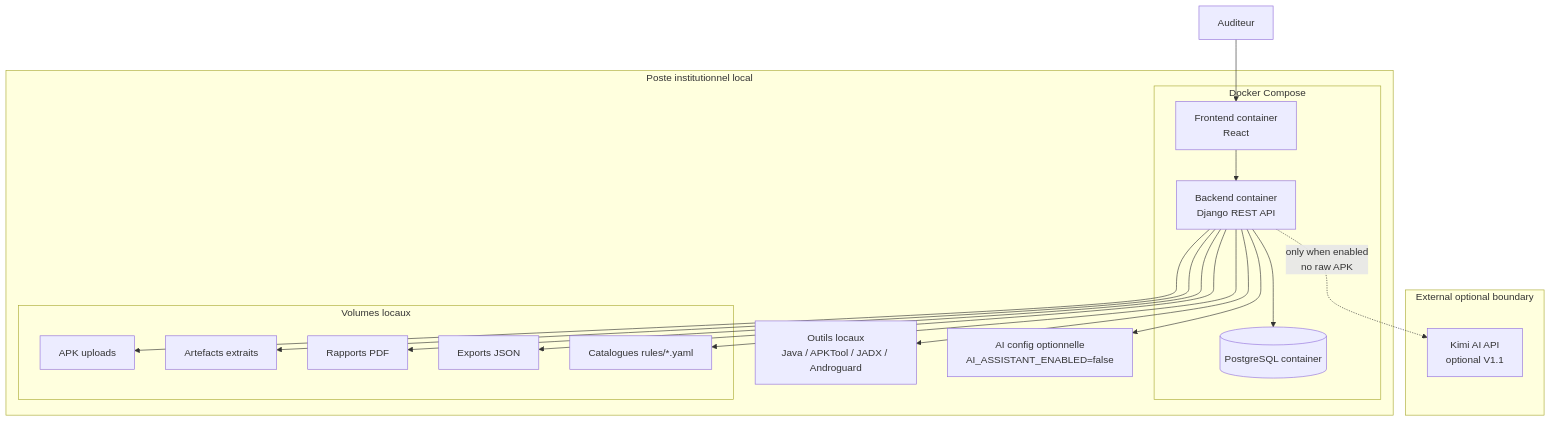
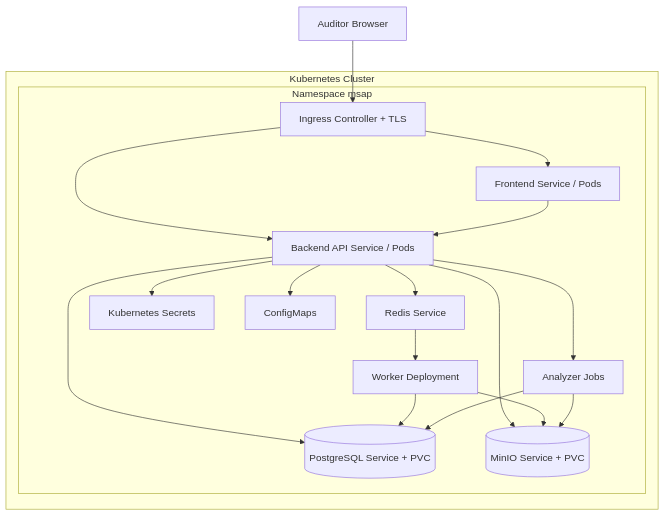
The diagram in docs/03_Architecture/11_Deployment_Diagram.md (nine11-tech/MSAP), drawn with Mermaid before and after one commit. The commit also changed other lines of this file and 44 other files, not shown here.

Commit message:
Pivot MSAP to cloud-native Kubernetes architecture

````diff
--- a/docs/03_Architecture/11_Deployment_Diagram.md
+++ b/docs/03_Architecture/11_Deployment_Diagram.md
@@ -16,37 +5,22 @@
 ```mermaid
 flowchart TB
-    subgraph WS[Poste institutionnel local]
-        subgraph DC[Docker Compose]
-            FE[Frontend container\nReact]
-            BE[Backend container\nDjango REST API]
-            PG[(PostgreSQL container)]
-        end
-
-        subgraph VOL[Volumes locaux]
-            UP[APK uploads]
-            ART[Artefacts extraits]
-            REP[Rapports PDF]
-            EXP[Exports JSON]
-            RULES[Catalogues rules/*.yaml]
-        end
-
-        TOOLS[Outils locaux\nJava / APKTool / JADX / Androguard]
-        AICFG[AI config optionnelle\nAI_ASSISTANT_ENABLED=false]
+    U[Auditor Browser] --> TLS[Ingress Controller + TLS]
+    subgraph CLUSTER[Kubernetes Cluster]
+      subgraph NS[Namespace msap]
+        TLS --> FE[Frontend Service / Pods]
+        TLS --> API[Backend API Service / Pods]
+        FE --> API
+        API --> REDIS[Redis Service]
+        REDIS --> WORKER[Worker Deployment]
+        API --> JOB[Analyzer Jobs]
+        API --> PG[(PostgreSQL Service + PVC)]
+        API --> MINIO[(MinIO Service + PVC)]
+        WORKER --> PG
+        WORKER --> MINIO
+        JOB --> PG
+        JOB --> MINIO
+        API --> SEC[Kubernetes Secrets]
+        API --> CM[ConfigMaps]
+      end
     end
-
-    subgraph EXT[External optional boundary]
-        KIMI[Kimi AI API\noptional V1.1]
-    end
-
-    User[Auditeur] --> FE
-    FE --> BE
-    BE --> PG
-    BE --> UP
-    BE --> ART
-    BE --> REP
-    BE --> EXP
-    BE --> RULES
-    BE --> TOOLS
-    BE --> AICFG
-    BE -. only when enabled\nno raw APK .-> KIMI
 ```
````
